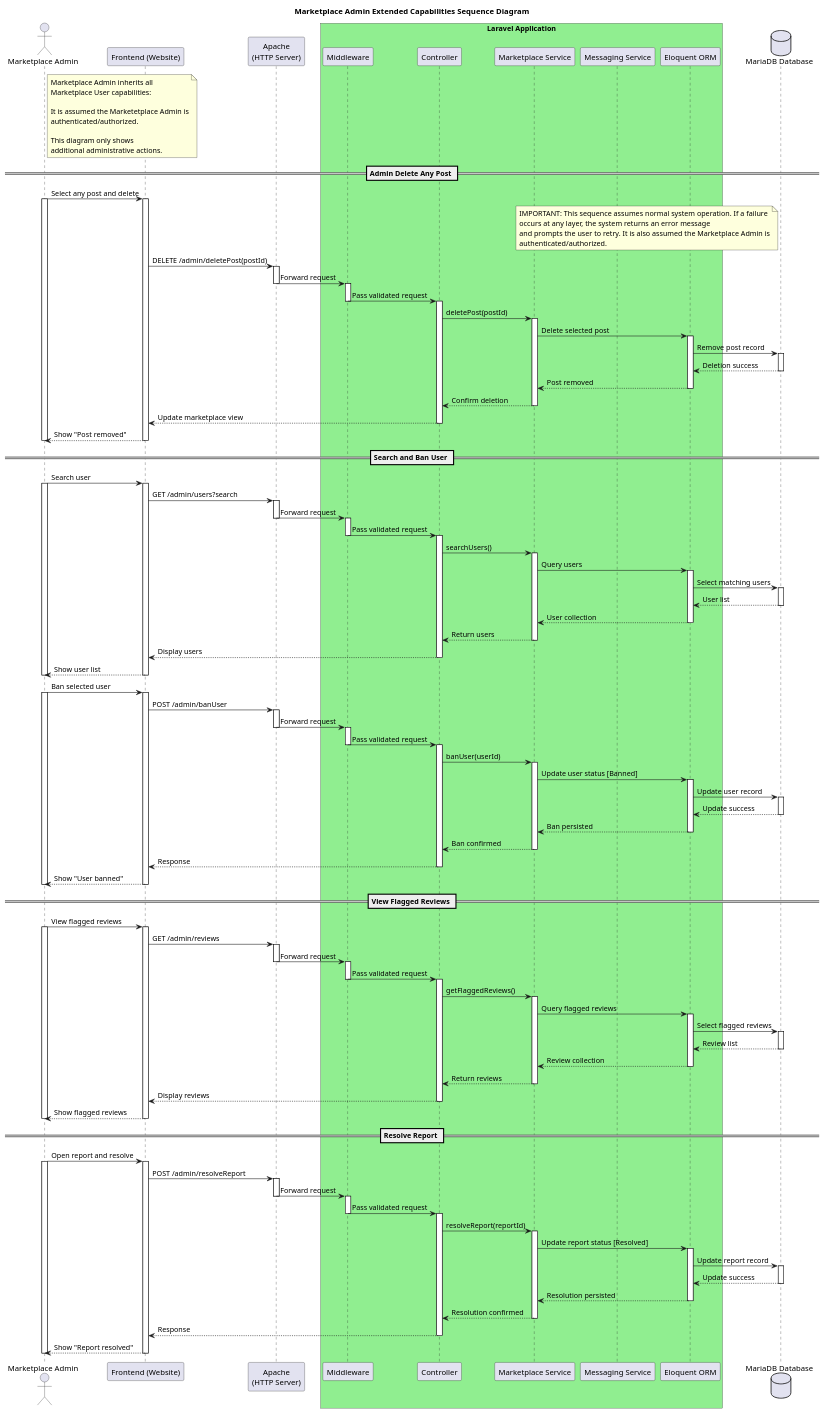
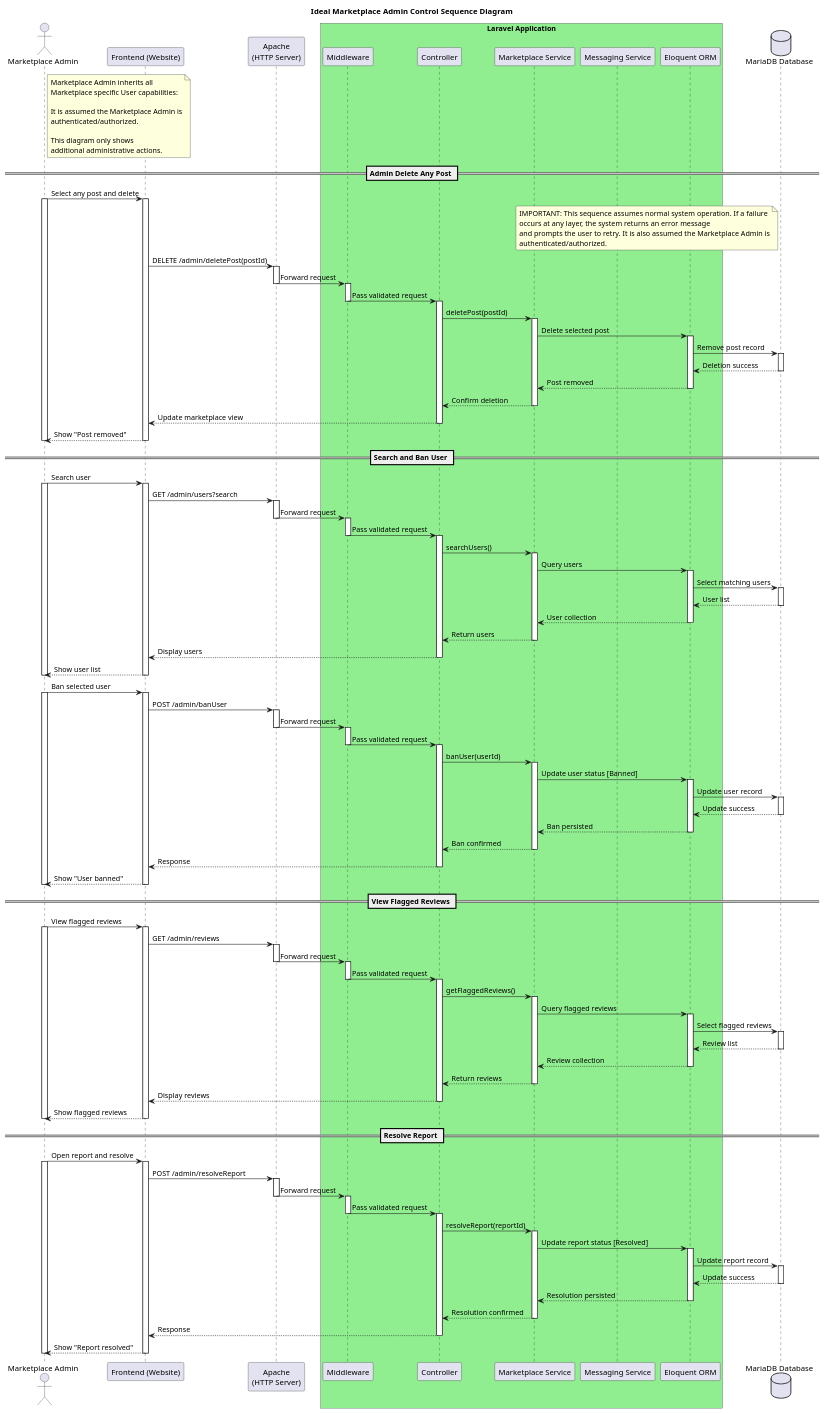
One commit to JanPerez35/PlantUML changed the diagram in sequenceDiagrams/Marketplace_Admin_Sequence_Diagram.puml. Above: the diagram before and after it, drawn with PlantUML. The commit also changed 19 other files, not shown here.

Commit message:
Sequence updated naming

```diff
--- a/sequenceDiagrams/Marketplace_Admin_Sequence_Diagram.puml
+++ b/sequenceDiagrams/Marketplace_Admin_Sequence_Diagram.puml
@@ -1,14 +1,14 @@
 @startuml
 
-title Marketplace Admin Extended Capabilities Sequence Diagram
+title Ideal Marketplace Admin Control Sequence Diagram
 
 actor "Marketplace Admin" as Admin
 
 note right of Admin
 Marketplace Admin inherits all
-Marketplace User capabilities:
+Marketplace specific User capabilities:
 
-It is assumed the Marketetplace Admin is
+It is assumed the Marketplace Admin is
 authenticated/authorized.
 
 This diagram only shows
```
